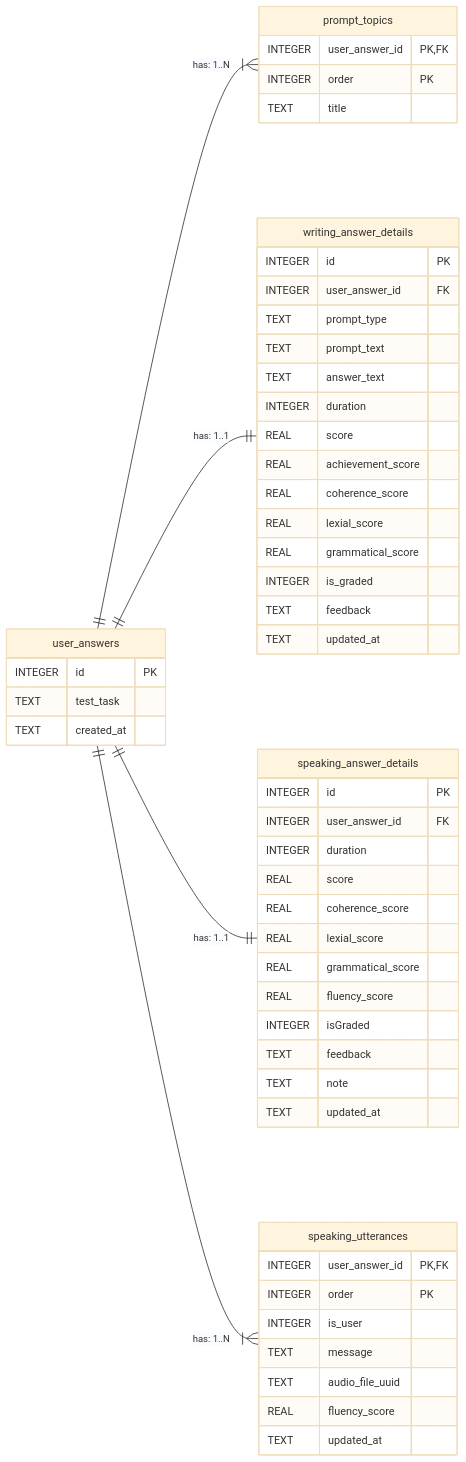
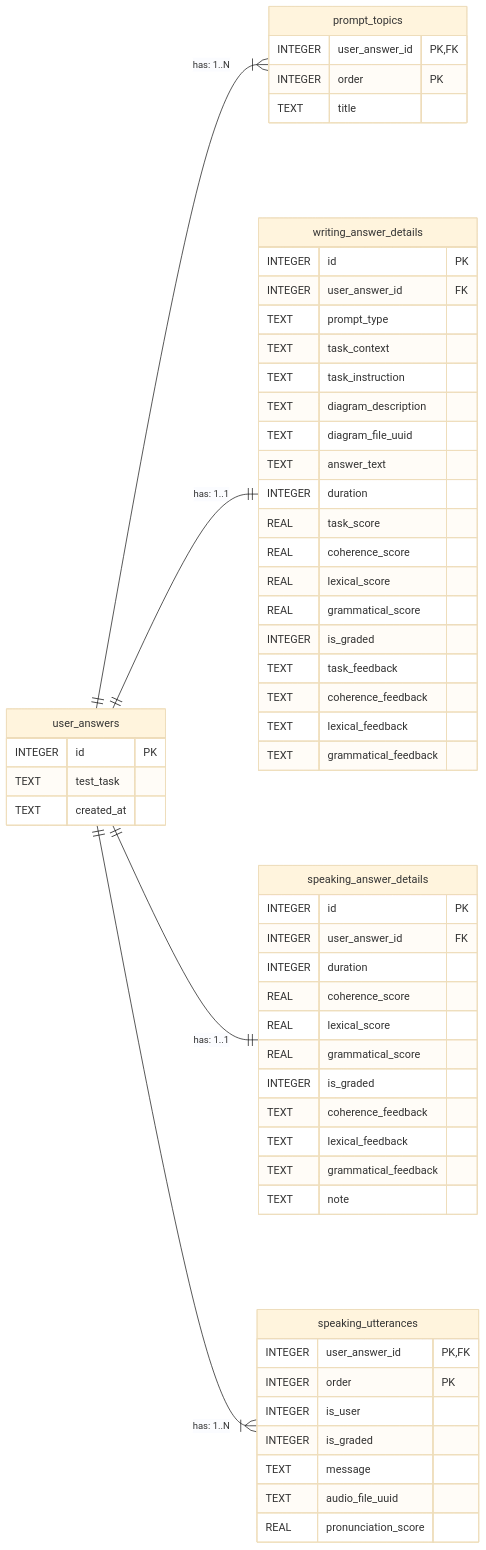
Before and after one commit to hirokd0627/ielts_ai_trainer: the diagram in application/docs/er-diagram.md, drawn with Mermaid (base theme). The commit also changed 42 other files, not shown here.

````diff
--- a/application/docs/er-diagram.md
+++ b/application/docs/er-diagram.md
@@ -3,62 +3,65 @@
 ```mermaid
 erDiagram
     direction LR
     user_answers ||--|{ prompt_topics : "has: 1..N"
     user_answers ||--|| writing_answer_details : "has: 1..1"
     user_answers ||--|| speaking_answer_details : "has: 1..1"
     user_answers ||--|{ speaking_utterances : "has: 1..N"
 
     user_answers {
         INTEGER id PK
         TEXT test_task
         TEXT created_at
     }
 
     prompt_topics {
         INTEGER user_answer_id PK,FK
         INTEGER order PK
         TEXT title 
     }
 
     writing_answer_details {
         INTEGER id PK
         INTEGER user_answer_id FK
         TEXT prompt_type
-        TEXT prompt_text
+        TEXT task_context
+        TEXT task_instruction
+        TEXT diagram_description
+        TEXT diagram_file_uuid
         TEXT answer_text
         INTEGER duration
-        REAL score
-        REAL achievement_score
+        REAL task_score
         REAL coherence_score
-        REAL lexial_score
+        REAL lexical_score
         REAL grammatical_score
         INTEGER is_graded
-        TEXT feedback
-        TEXT updated_at
+        TEXT task_feedback
+        TEXT coherence_feedback
+        TEXT lexical_feedback
+        TEXT grammatical_feedback
     }
 
     speaking_answer_details {
         INTEGER id PK
         INTEGER user_answer_id FK
         INTEGER duration
-        REAL score
         REAL coherence_score
-        REAL lexial_score
+        REAL lexical_score
         REAL grammatical_score
-        REAL fluency_score
-        INTEGER isGraded
-        TEXT feedback
+        INTEGER is_graded
+        TEXT coherence_feedback
+        TEXT lexical_feedback
+        TEXT grammatical_feedback 
         TEXT note
-        TEXT updated_at
     }
 
     speaking_utterances {
         INTEGER user_answer_id PK,FK
         INTEGER order PK
         INTEGER is_user
+        INTEGER is_graded
         TEXT message
         TEXT audio_file_uuid
-        REAL fluency_score
-        TEXT updated_at
+        REAL pronunciation_score
     }
 ```
````
